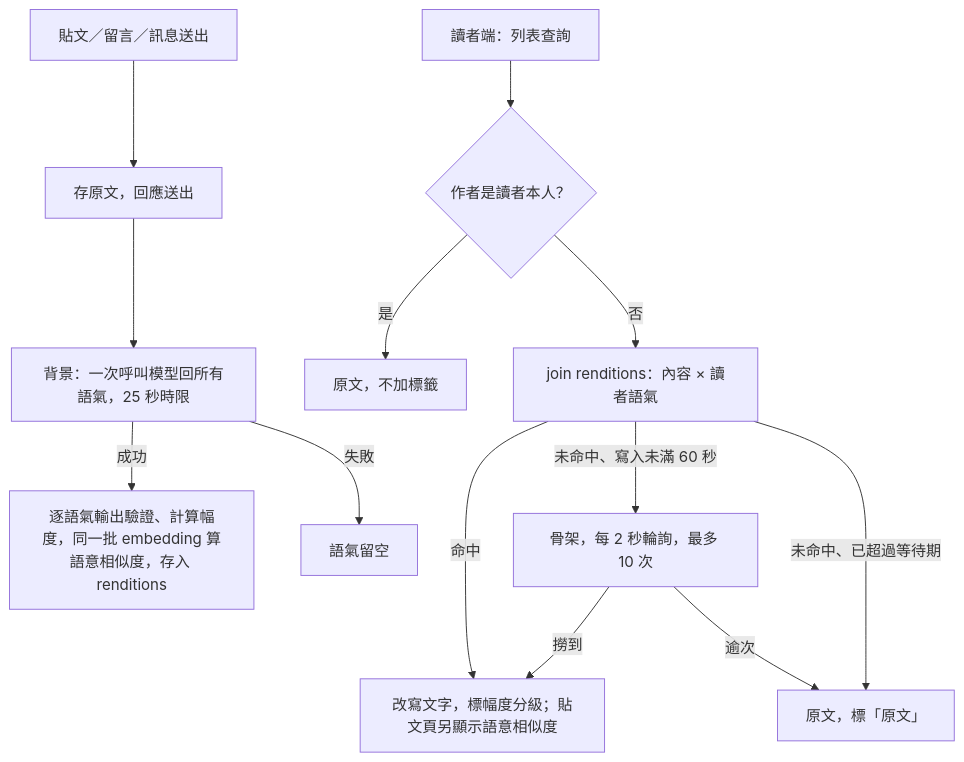
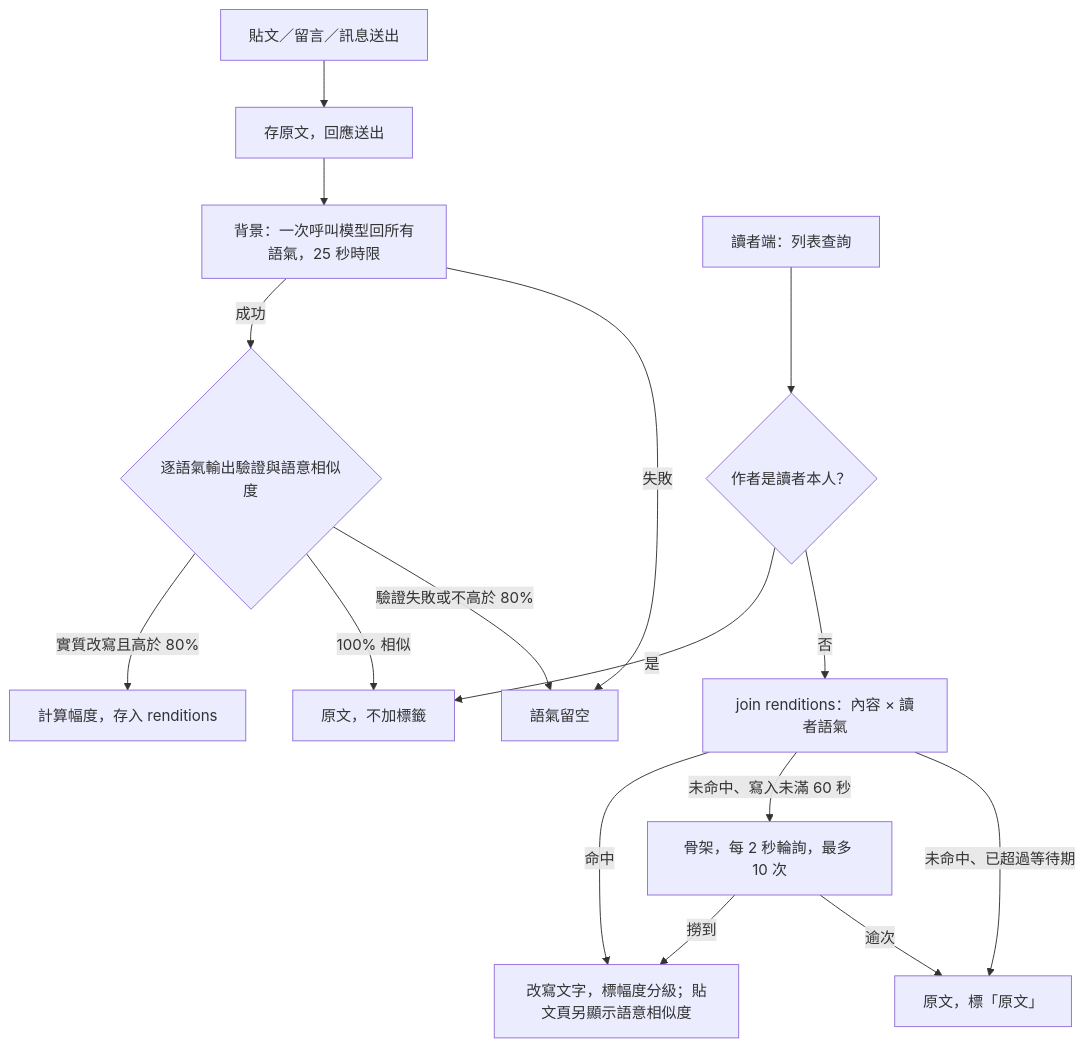
The diagram in backlog/docs/ai-social/doc-002 - 語氣改寫引擎-PRD.md (yeeway0609/ai-social), drawn with Mermaid before and after one commit. The commit also changed other lines of this file and 21 other files, not shown here.

````diff
--- a/backlog/docs/ai-social/doc-002 - 語氣改寫引擎-PRD.md
+++ b/backlog/docs/ai-social/doc-002 - 語氣改寫引擎-PRD.md
@@ -88,15 +94,18 @@
 ```mermaid
 flowchart TD
   W[貼文／留言／訊息送出] --> S[存原文，回應送出]
   S --> P[背景：一次呼叫模型回所有語氣，25 秒時限]
-  P -- 成功 --> Q[逐語氣輸出驗證、計算幅度，同一批 embedding 算語意相似度，存入 renditions]
+  P -- 成功 --> Q{逐語氣輸出驗證與語意相似度}
+  Q -- 實質改寫且高於 80% --> R[計算幅度，存入 renditions]
+  Q -- 100% 相似 --> Y
+  Q -- 驗證失敗或不高於 80% --> X
   P -- 失敗 --> X[語氣留空]
   A[讀者端：列表查詢] --> B{作者是讀者本人？}
   B -- 是 --> Y[原文，不加標籤]
   B -- 否 --> C[join renditions：內容 × 讀者語氣]
   C -- 命中 --> H[改寫文字，標幅度分級；貼文頁另顯示語意相似度]
   C -- 未命中、寫入未滿 60 秒 --> D[骨架，每 2 秒輪詢，最多 10 次]
   D -- 撈到 --> H
   D -- 逾次 --> Z[原文，標「原文」]
   C -- 未命中、已超過等待期 --> Z
 ```
````
